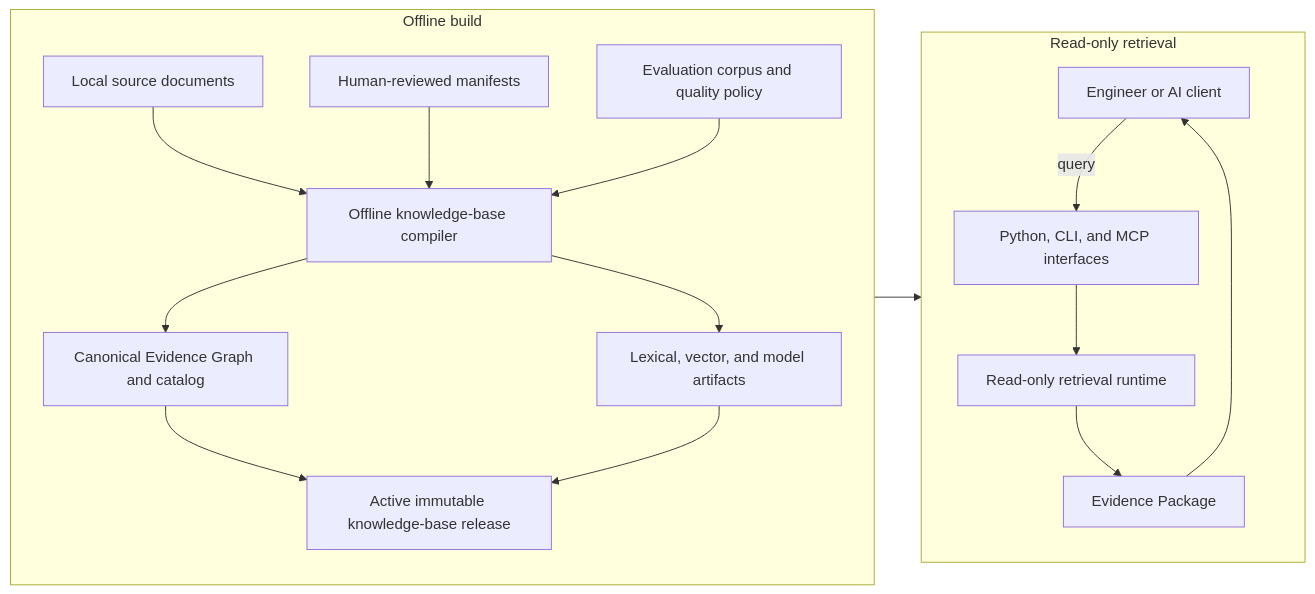
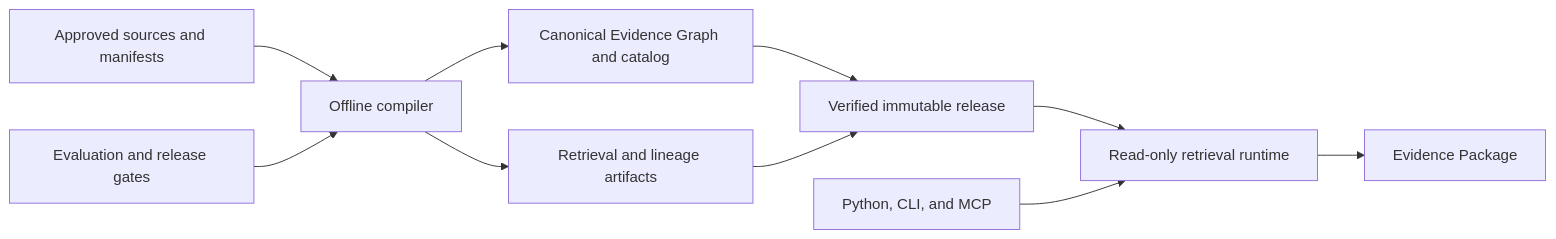
One commit to grammy-jiang/clause-sift changed the first of 2 diagrams in docs/design-brief.md. Above: the diagram before and after it, drawn with Mermaid. The commit also changed other lines of this file and 1 other file, not shown here.

````diff
--- a/docs/design-brief.md
+++ b/docs/design-brief.md
@@ -213,23 +70,22 @@
 ```mermaid
 flowchart LR
-    subgraph BUILD[Offline build]
-        direction TB
-        SOURCES[Local source documents] --> BUILDER[Offline knowledge-base compiler]
-        MANIFESTS[Human-reviewed manifests] --> BUILDER
-        EVAL[Evaluation corpus and quality policy] --> BUILDER
-        BUILDER --> GRAPH[Canonical Evidence Graph and catalog]
-        BUILDER --> INDEXES[Lexical, vector, and model artifacts]
-        GRAPH --> RELEASE[Active immutable knowledge-base release]
-        INDEXES --> RELEASE
-    end
+    SOURCES[Approved sources and manifests]
+    COMPILER[Offline compiler]
+    MODEL[Canonical Evidence Graph and catalog]
+    ARTIFACTS[Retrieval and lineage artifacts]
+    RELEASE[Verified immutable release]
+    RUNTIME[Read-only retrieval runtime]
+    INTERFACES[Python, CLI, and MCP]
+    PACKAGE[Evidence Package]
+    EVAL[Evaluation and release gates]
 
-    subgraph SERVE[Read-only retrieval]
-        direction TB
-        USER[Engineer or AI client] -->|query| INTERFACES[Python, CLI, and MCP interfaces]
-        INTERFACES --> RUNTIME[Read-only retrieval runtime]
-        RUNTIME --> PACKAGE[Evidence Package]
-        PACKAGE --> USER
-    end
-
+    SOURCES --> COMPILER
+    COMPILER --> MODEL
+    COMPILER --> ARTIFACTS
+    MODEL --> RELEASE
+    ARTIFACTS --> RELEASE
+    EVAL --> COMPILER
     RELEASE --> RUNTIME
+    INTERFACES --> RUNTIME
+    RUNTIME --> PACKAGE
 ```
````
